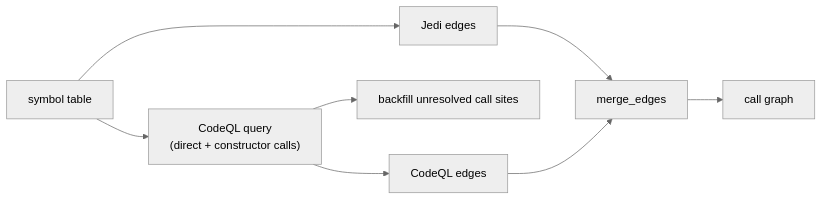
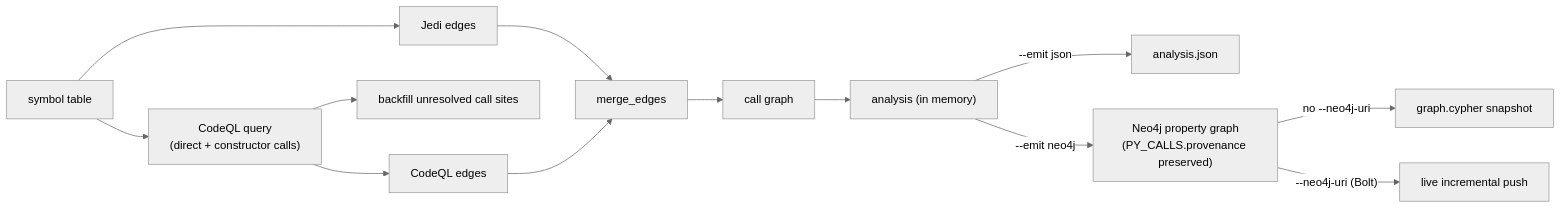
Before and after one commit to codellm-devkit/codeanalyzer-python: the diagram in src/content/docs/guides/codeql.mdx, drawn with Mermaid (neutral theme). The commit also changed other lines of this file and 14 other files, not shown here.

First line of the commit message:
docs: document Neo4j property-graph output (scale, Kubernetes, enterprise)

````diff
--- a/src/content/docs/guides/codeql.mdx
+++ b/src/content/docs/guides/codeql.mdx
@@ -21,11 +23,17 @@
 ```mermaid
 flowchart LR
     ST[symbol table] --> J[Jedi edges]
     ST --> Q["CodeQL query
 (direct + constructor calls)"]
     Q --> B[backfill unresolved call sites]
     Q --> CE[CodeQL edges]
     J --> M[merge_edges]
     CE --> M
     M --> CG[call graph]
+    CG --> IR["analysis (in memory)"]
+    IR -->|"--emit json"| AJ[analysis.json]
+    IR -->|"--emit neo4j"| PG["Neo4j property graph
+(PY_CALLS.provenance preserved)"]
+    PG -->|"no --neo4j-uri"| SNAP["graph.cypher snapshot"]
+    PG -->|"--neo4j-uri (Bolt)"| LIVE["live incremental push"]
 ```
````
